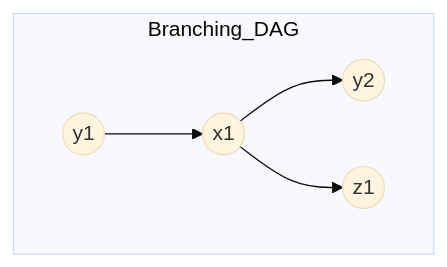
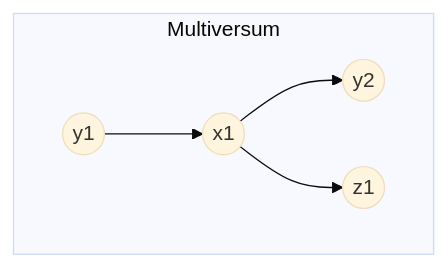
One commit to kyr0/defuss changed the second of 5 diagrams in packages/search/KKD4.md. Above: the diagram before and after it, drawn with Mermaid (base theme). The commit also changed other lines of this file and 4 other files, not shown here.

````diff
--- a/packages/search/KKD4.md
+++ b/packages/search/KKD4.md
@@ -109,8 +100,8 @@
 ```mermaid
 graph TD
-  subgraph Branching_DAG
+  subgraph Multiversum
     y1((y1)) --> x1((x1))
     x1 --> y2((y2))
     x1 --> z1((z1))
   end
 ```
````
